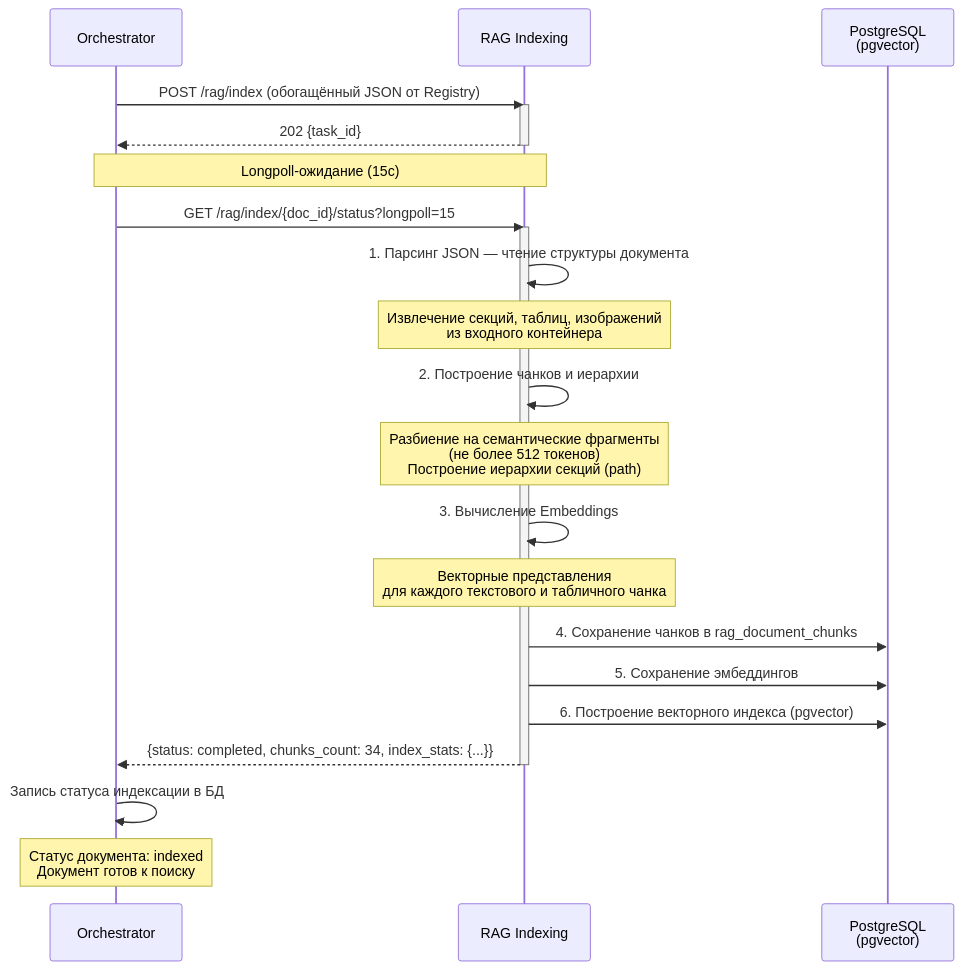
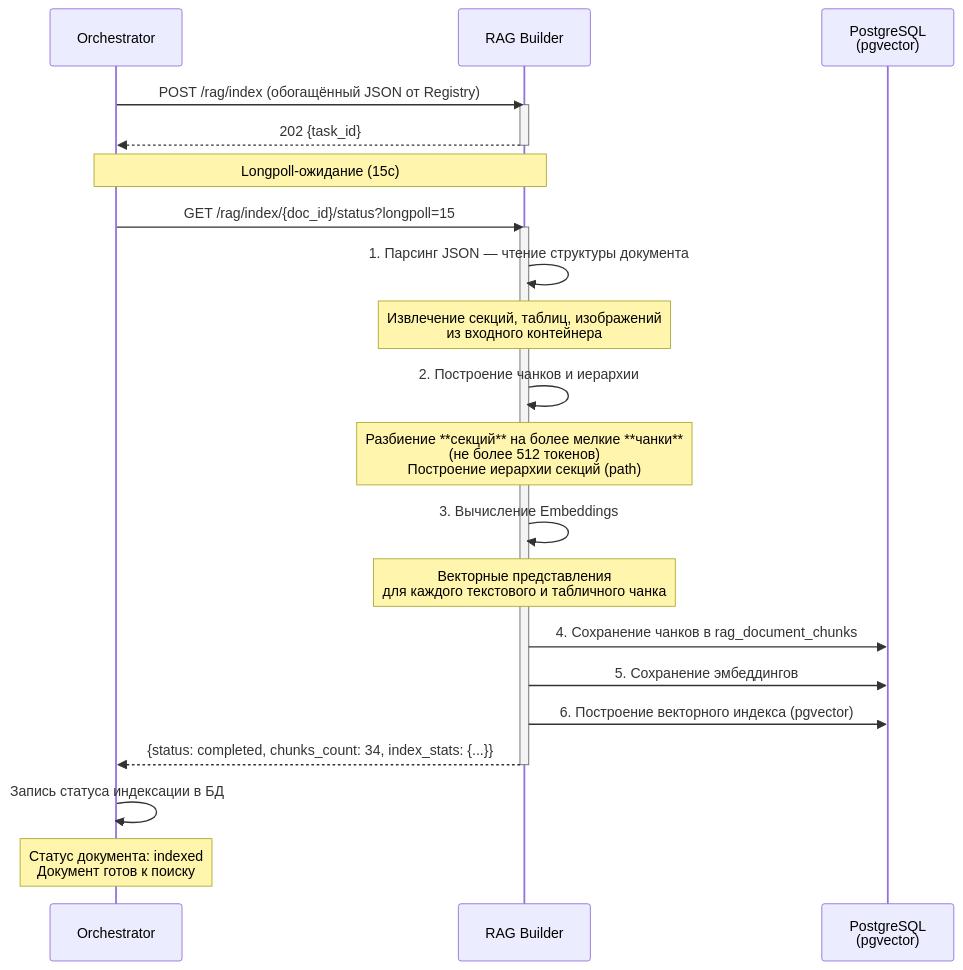
The first of 3 diagrams in docs/pipelines/pipeline2-indexation.md (MasterKSAF/PKB), drawn with Mermaid before and after one commit. The commit also changed other lines of this file and 23 other files, not shown here.

````diff
--- a/docs/pipelines/pipeline2-indexation.md
+++ b/docs/pipelines/pipeline2-indexation.md
@@ -7,35 +7,35 @@
 ```mermaid
 sequenceDiagram
     participant Orch as Orchestrator
-    participant RAGi as RAG Indexing
+    participant RAGi as RAG Builder
     participant DB as PostgreSQL<br/>(pgvector)
 
     Orch->>RAGi: POST /rag/index (обогащённый JSON от Registry)
     activate RAGi
     RAGi-->>Orch: 202 {task_id}
     deactivate RAGi
 
     Note over Orch,RAGi: Longpoll-ожидание (15с)
 
     Orch->>RAGi: GET /rag/index/{doc_id}/status?longpoll=15
     activate RAGi
 
     RAGi->>RAGi: 1. Парсинг JSON — чтение структуры документа
     Note over RAGi: Извлечение секций, таблиц, изображений<br/>из входного контейнера
 
     RAGi->>RAGi: 2. Построение чанков и иерархии
-    Note over RAGi: Разбиение на семантические фрагменты<br/>(не более 512 токенов)<br/>Построение иерархии секций (path)
+    Note over RAGi: Разбиение **секций** на более мелкие **чанки**<br/>(не более 512 токенов)<br/>Построение иерархии секций (path)
 
     RAGi->>RAGi: 3. Вычисление Embeddings
     Note over RAGi: Векторные представления<br/>для каждого текстового и табличного чанка
 
     RAGi->>DB: 4. Сохранение чанков в rag_document_chunks
     RAGi->>DB: 5. Сохранение эмбеддингов
     RAGi->>DB: 6. Построение векторного индекса (pgvector)
 
     RAGi-->>Orch: {status: completed, chunks_count: 34, index_stats: {...}}
     deactivate RAGi
 
     Orch->>Orch: Запись статуса индексации в БД
     Note over Orch: Статус документа: indexed<br/>Документ готов к поиску
 ```
````
